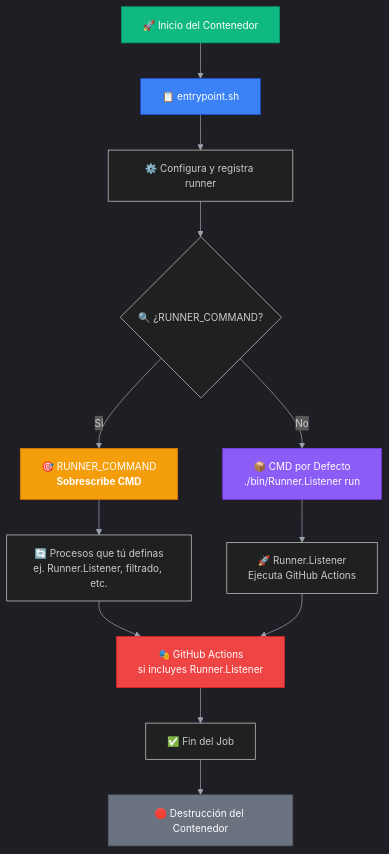
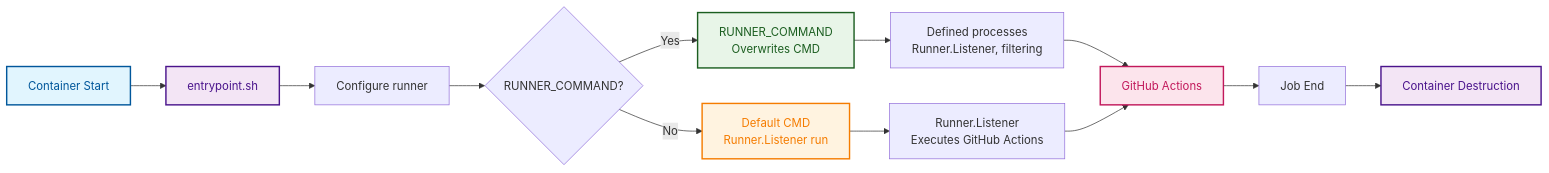
The second of 3 diagrams in README.md (eliaspizarro/gha-ephemeral-runners), drawn with Mermaid before and after one commit. The commit also changed other lines of this file and 1 other file, not shown here.

````diff
--- a/README.md
+++ b/README.md
@@ -332,40 +332,25 @@
 ```mermaid
-%%{init: {
-  "theme": "dark",
-  "themeVariables": {
-    "fontFamily": "Inter, Segoe UI, Arial",
-    "fontSize": "14px",
-    "primaryTextColor": "#EAEAEA",
-    "lineColor": "#9CA3AF",
-    "noteTextColor": "#EAEAEA",
-    "noteBkgColor": "#1F2937",
-    "noteBorderColor": "#374151",
-    "actorBkg": "#020617",
-    "actorBorder": "#475569"
-  }
-}}%%
-
-flowchart TD
-    A[🚀 Inicio del Contenedor] --> B[📋 entrypoint.sh]
-    B --> C[⚙️ Configura y registra runner]
-    C --> D{🔍 ¿RUNNER_COMMAND?}
+graph LR
+    A[Container Start] --> B[entrypoint.sh]
+    B --> C[Configure runner]
+    C --> D{RUNNER_COMMAND?}
     
-    D -->|Sí| E[🎯 RUNNER_COMMAND<br/><b>Sobrescribe CMD</b>]
-    D -->|No| F[📦 CMD por Defecto<br/>./bin/Runner.Listener run]
+    D -->|Yes| E[RUNNER_COMMAND<br/>Overwrites CMD]
+    D -->|No| F[Default CMD<br/>Runner.Listener run]
     
-    E --> G[🔄 Procesos que tú definas<br/>ej. Runner.Listener, filtrado, etc.]
-    F --> H[🚀 Runner.Listener<br/>Ejecuta GitHub Actions]
+    E --> G[Defined processes<br/>Runner.Listener, filtering]
+    F --> H[Runner.Listener<br/>Executes GitHub Actions]
     
-    G --> I[🎭 GitHub Actions<br/>si incluyes Runner.Listener]
+    G --> I[GitHub Actions]
     H --> I
     
-    I --> J[✅ Fin del Job]
-    J --> K[🛑 Destrucción del Contenedor]
+    I --> J[Job End]
+    J --> K[Container Destruction]
     
-    style A fill:#10b981,stroke:#059669,color:#ffffff
-    style B fill:#3b82f6,stroke:#1d4ed8,color:#ffffff
-    style E fill:#f59e0b,stroke:#d97706,color:#ffffff
-    style F fill:#8b5cf6,stroke:#7c3aed,color:#ffffff
-    style I fill:#ef4444,stroke:#dc2626,color:#ffffff
-    style K fill:#6b7280,stroke:#4b5563,color:#ffffff
+    style A fill:#e1f5fe,stroke:#01579b,stroke-width:2px,color:#01579b
+    style B fill:#f3e5f5,stroke:#4a148c,stroke-width:2px,color:#4a148c
+    style E fill:#e8f5e8,stroke:#1b5e20,stroke-width:2px,color:#1b5e20
+    style F fill:#fff3e0,stroke:#f57c00,stroke-width:2px,color:#f57c00
+    style I fill:#fce4ec,stroke:#c2185b,stroke-width:2px,color:#c2185b
+    style K fill:#f3e5f5,stroke:#4a148c,stroke-width:2px,color:#4a148c
 ```
````
